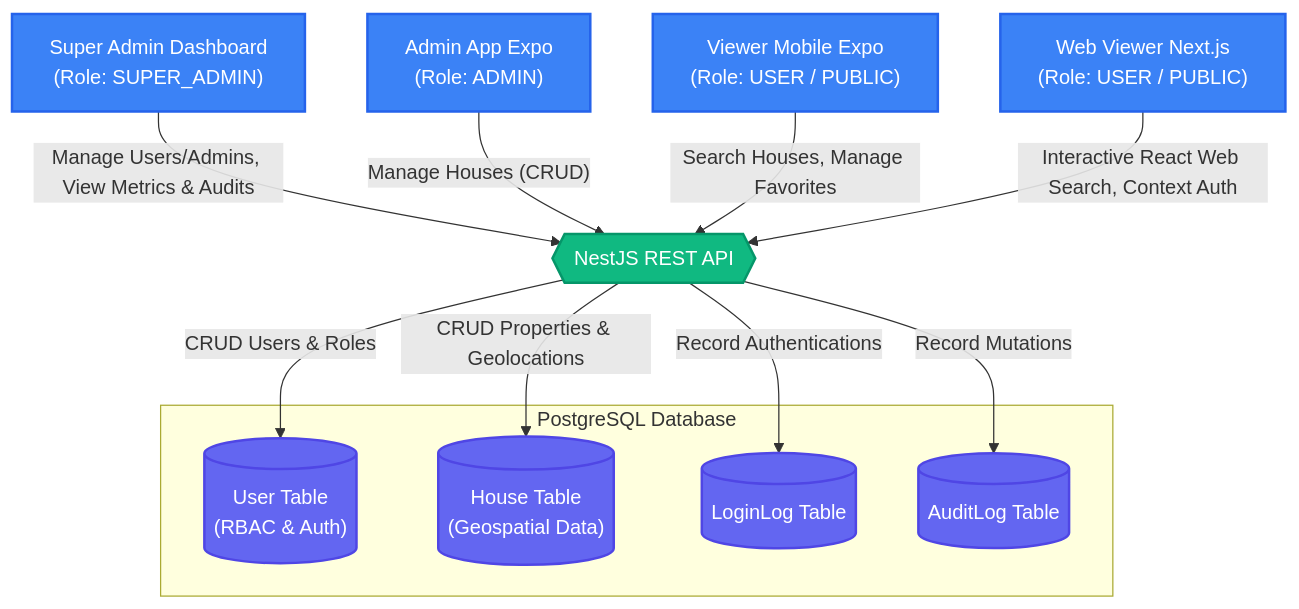
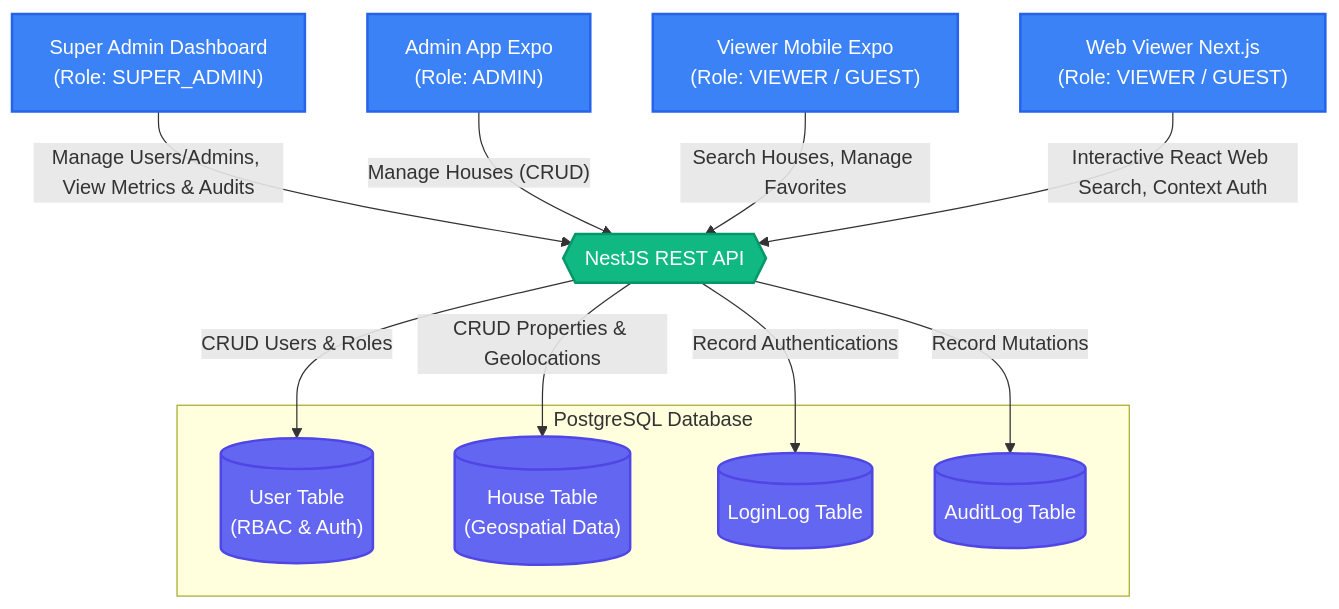
The diagram in README.md (Billionaire7722/rrreeennntttaaalll), drawn with Mermaid before and after one commit. The commit also changed other lines of this file and 95 other files, not shown here.

````diff
--- a/README.md
+++ b/README.md
@@ -63,35 +74,35 @@
 ```mermaid
 graph TD
     classDef frontend fill:#3b82f6,color:#fff,stroke:#2563eb,stroke-width:2px;
     classDef backend fill:#10b981,color:#fff,stroke:#059669,stroke-width:2px;
     classDef db fill:#6366f1,color:#fff,stroke:#4f46e5,stroke-width:2px;
 
     %% Client Applications
     SA["Super Admin Dashboard<br/>(Role: SUPER_ADMIN)"]:::frontend
     A["Admin App Expo<br/>(Role: ADMIN)"]:::frontend
-    V["Viewer Mobile Expo<br/>(Role: USER / PUBLIC)"]:::frontend
-    WV["Web Viewer Next.js<br/>(Role: USER / PUBLIC)"]:::frontend
+    V["Viewer Mobile Expo<br/>(Role: VIEWER / GUEST)"]:::frontend
+    WV["Web Viewer Next.js<br/>(Role: VIEWER / GUEST)"]:::frontend
 
     %% Backend API
     API{{"NestJS REST API"}}:::backend
 
     %% Database Models
     subgraph PostgreSQL Database
         U[("User Table<br/>(RBAC & Auth)")]:::db
         H[("House Table<br/>(Geospatial Data)")]:::db
         LL[("LoginLog Table")]:::db
         AL[("AuditLog Table")]:::db
     end
 
     %% Routing Flow & Permissions
     SA -- "Manage Users/Admins, View Metrics & Audits" --> API
     A -- "Manage Houses (CRUD)" --> API
     V -- "Search Houses, Manage Favorites" --> API
     WV -- "Interactive React Web Search, Context Auth" --> API
 
     %% Data Access
     API -- "CRUD Users & Roles" --> U
     API -- "CRUD Properties & Geolocations" --> H
     API -- "Record Authentications" --> LL
     API -- "Record Mutations" --> AL
 ```
````
